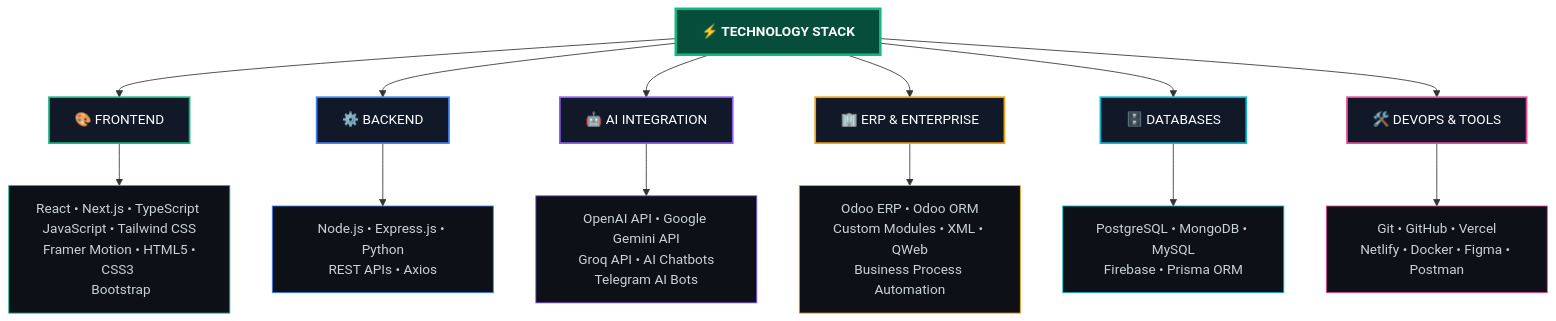
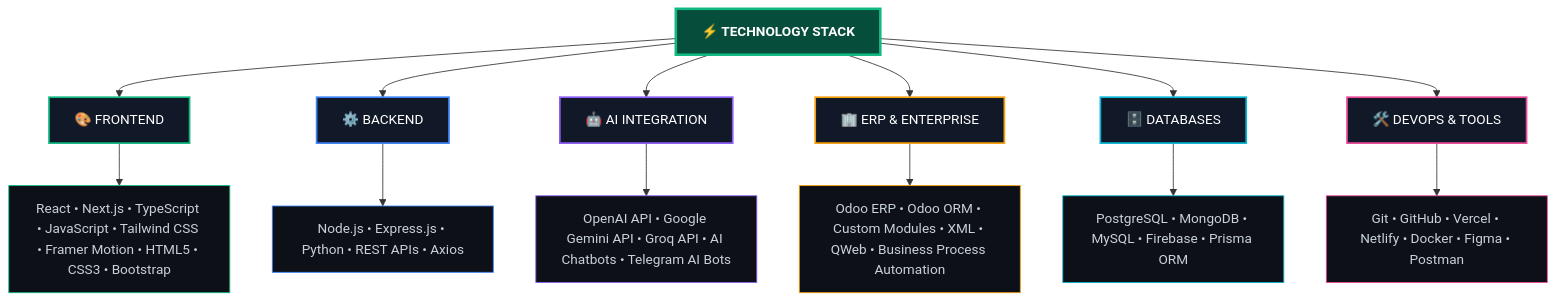
The second of 3 diagrams in README.md (yohannes-wegayehu/yohannes-wegayehu), drawn with Mermaid before and after one commit.

````diff
--- a/README.md
+++ b/README.md
@@ -136,40 +135,35 @@
 ```mermaid
-flowchart TB
+flowchart TD
 
     A["⚡ TECHNOLOGY STACK"]
 
     A --> B["🎨 FRONTEND"]
     A --> C["⚙️ BACKEND"]
     A --> D["🤖 AI INTEGRATION"]
     A --> E["🏢 ERP & ENTERPRISE"]
     A --> F["🗄️ DATABASES"]
     A --> G["🛠️ DEVOPS & TOOLS"]
 
-    B --> B1["React • Next.js • TypeScript <br/> JavaScript • Tailwind CSS <br/> Framer Motion • HTML5 • CSS3 <br/> Bootstrap"]
-
-    C --> C1["Node.js • Express.js • Python<br/>REST APIs • Axios"]
-
-    D --> D1["OpenAI API • Google Gemini API<br/>Groq API • AI Chatbots<br/>Telegram AI Bots"]
-
-    E --> E1["Odoo ERP • Odoo ORM<br/>Custom Modules • XML • QWeb<br/>Business Process Automation"]
-
-    F --> F1["PostgreSQL • MongoDB • MySQL<br/>Firebase • Prisma ORM"]
-
-    G --> G1["Git • GitHub • Vercel<br/>Netlify • Docker • Figma • Postman"]
+    B --> B1["React • Next.js • TypeScript • JavaScript • Tailwind CSS • Framer Motion • HTML5 • CSS3 • Bootstrap"]
+    C --> C1["Node.js • Express.js • Python • REST APIs • Axios"]
+    D --> D1["OpenAI API • Google Gemini API • Groq API • AI Chatbots • Telegram AI Bots"]
+    E --> E1["Odoo ERP • Odoo ORM • Custom Modules • XML • QWeb • Business Process Automation"]
+    F --> F1["PostgreSQL • MongoDB • MySQL • Firebase • Prisma ORM"]
+    G --> G1["Git • GitHub • Vercel • Netlify • Docker • Figma • Postman"]
 
     style A fill:#064e3b,stroke:#10b981,stroke-width:3px,color:#ffffff,font-weight:bold
 
     style B fill:#111827,stroke:#10b981,stroke-width:2px,color:#ffffff
     style C fill:#111827,stroke:#3b82f6,stroke-width:2px,color:#ffffff
     style D fill:#111827,stroke:#8b5cf6,stroke-width:2px,color:#ffffff
     style E fill:#111827,stroke:#f59e0b,stroke-width:2px,color:#ffffff
     style F fill:#111827,stroke:#06b6d4,stroke-width:2px,color:#ffffff
     style G fill:#111827,stroke:#ec4899,stroke-width:2px,color:#ffffff
 
     style B1 fill:#0d1117,stroke:#10b981,stroke-width:1px,color:#c9d1d9
     style C1 fill:#0d1117,stroke:#3b82f6,stroke-width:1px,color:#c9d1d9
     style D1 fill:#0d1117,stroke:#8b5cf6,stroke-width:1px,color:#c9d1d9
     style E1 fill:#0d1117,stroke:#f59e0b,stroke-width:1px,color:#c9d1d9
     style F1 fill:#0d1117,stroke:#06b6d4,stroke-width:1px,color:#c9d1d9
     style G1 fill:#0d1117,stroke:#ec4899,stroke-width:1px,color:#c9d1d9
 ```
````
